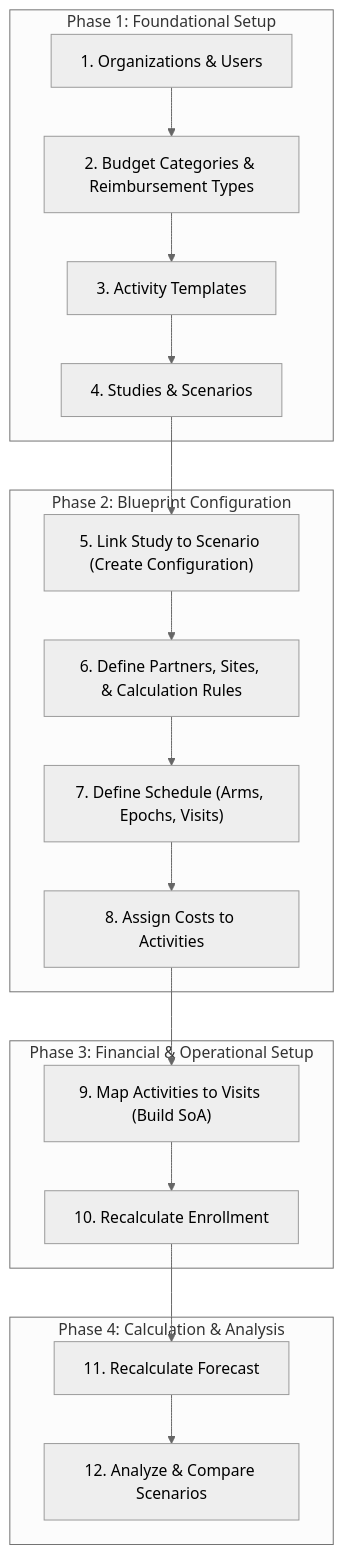
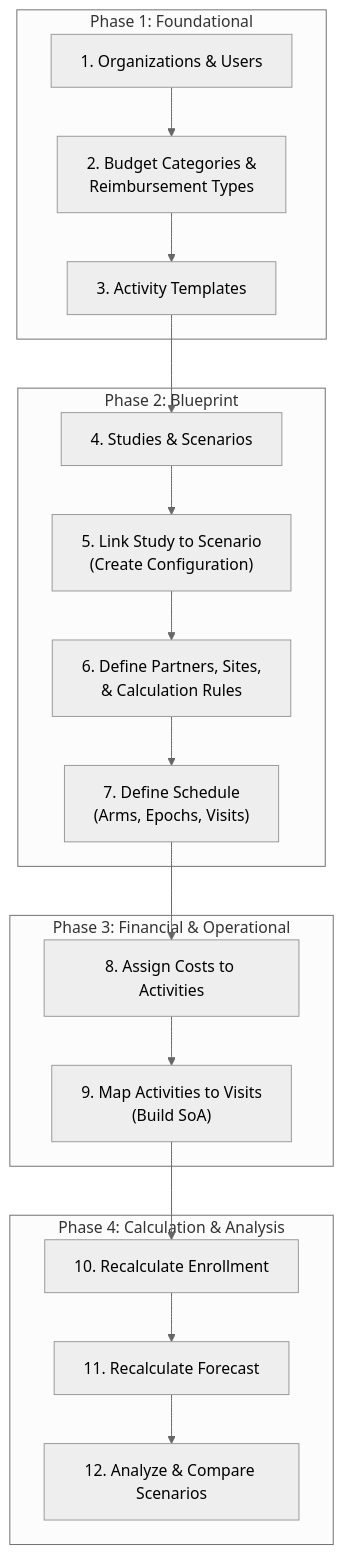
The second of 3 diagrams in README.md (ctfbio/ctfbio-ai), drawn with Mermaid (neutral theme) before and after one commit. The commit also changed other lines of this file, not shown here.

````diff
--- a/README.md
+++ b/README.md
@@ -92,26 +91,25 @@
 ```mermaid
 graph TD
-    subgraph "Phase 1: Foundational Setup"
-        A["1. Organizations & Users"] --> B;
-        B["2. Budget Categories & Reimbursement Types"] --> C;
-        C["3. Activity Templates"] --> D;
+    subgraph Phase 1: Foundational
+        A["1. Organizations & Users"] --> B["2. Budget Categories & <br>Reimbursement Types"];
+        B --> C["3. Activity Templates"];
+    end
+    
+    subgraph Phase 2: Blueprint
+        C --> D["4. Studies & Scenarios"];
+        D --> E["5. Link Study to Scenario<br>(Create Configuration)"];
+        E --> F["6. Define Partners, Sites,<br>& Calculation Rules"];
+        F --> G["7. Define Schedule<br>(Arms, Epochs, Visits)"];
+    end
+    
+    subgraph Phase 3: Financial & Operational
+        G --> H["8. Assign Costs to Activities"];
+        H --> I["9. Map Activities to Visits<br>(Build SoA)"];
     end
 
-    subgraph "Phase 2: Blueprint Configuration"
-        D["4. Studies & Scenarios"] --> E;
-        E["5. Link Study to Scenario (Create Configuration)"] --> F;
-        F["6. Define Partners, Sites, & Calculation Rules"] --> G;
-        G["7. Define Schedule (Arms, Epochs, Visits)"] --> H;
-    end
-    
-    subgraph "Phase 3: Financial & Operational Setup"
-        H["8. Assign Costs to Activities"] --> I;
-        I["9. Map Activities to Visits (Build SoA)"] --> J;
-    end
-
-    subgraph "Phase 4: Calculation & Analysis"
-        J["10. Recalculate Enrollment"] --> K;
-        K["11. Recalculate Forecast"] --> L;
-        L["12. Analyze & Compare Scenarios"];
+    subgraph Phase 4: Calculation & Analysis
+        I --> J["10. Recalculate Enrollment"];
+        J --> K["11. Recalculate Forecast"];
+        K --> L["12. Analyze & Compare Scenarios"];
     end
 ```
````
